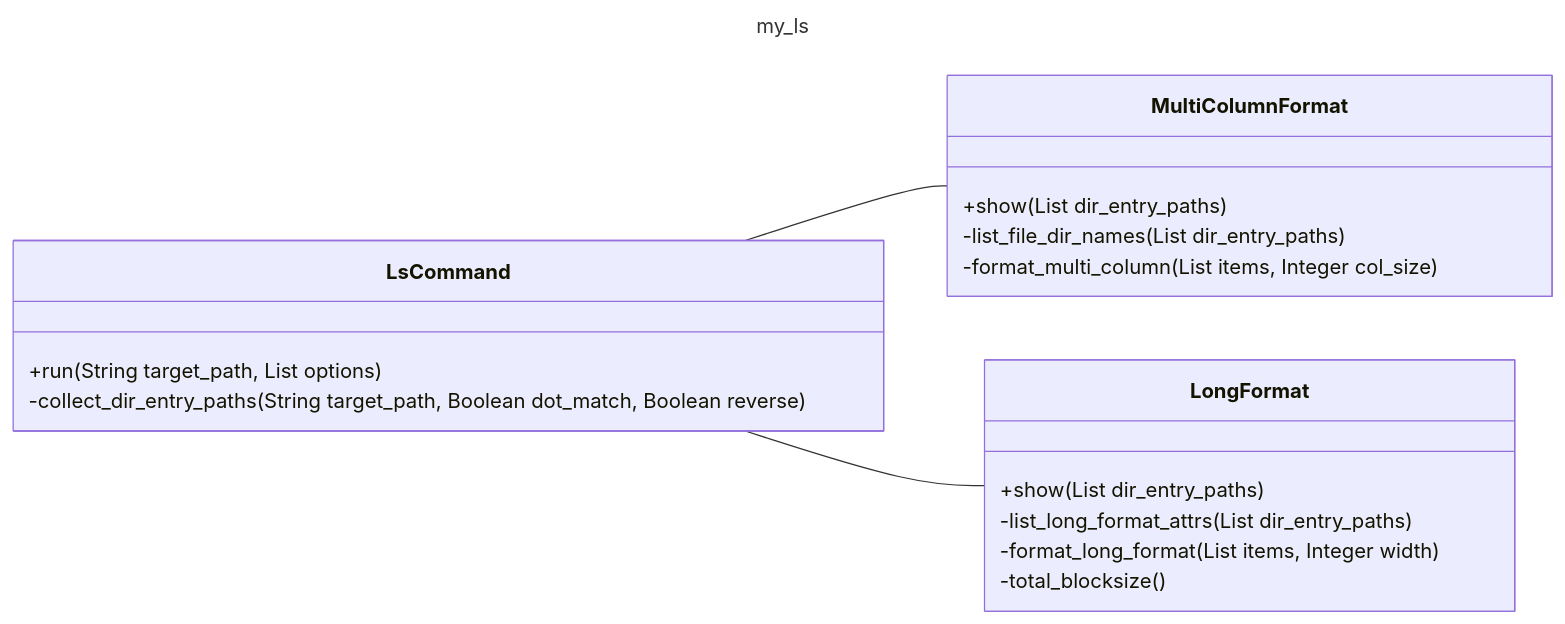
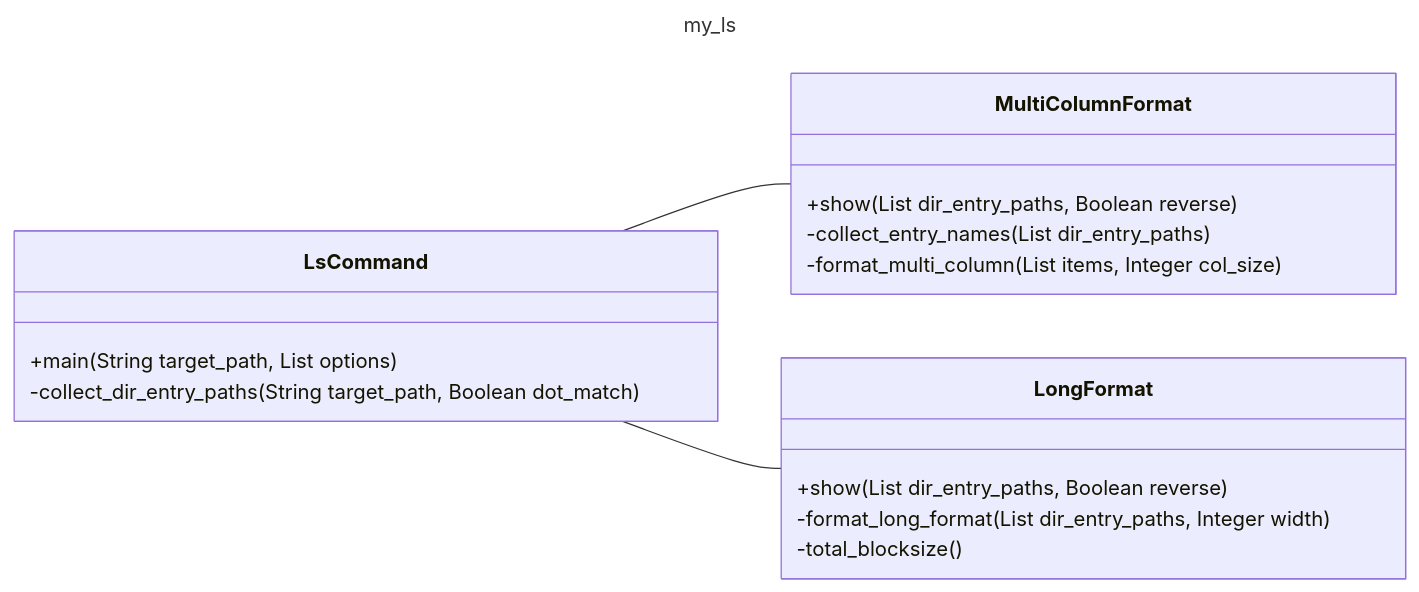
One commit to miyanew/ruby-practices changed the diagram in 07.ls_object/doc/class_diagram.md. Above: the diagram before and after it, drawn with Mermaid.

Commit message:
クラス図の修正: 採取ファイルの1件目は引数のファイルパスを表すので、reverseを表示処理の責務にする

````diff
--- a/07.ls_object/doc/class_diagram.md
+++ b/07.ls_object/doc/class_diagram.md
@@ -1,27 +1,26 @@
 ```mermaid
 ---
 title: my_ls
 ---
 
 classDiagram
     direction LR
     LsCommand -- MultiColumnFormat
     LsCommand -- LongFormat
 
     class LsCommand{
-      +run(String target_path, List options)
-      -collect_dir_entry_paths(String target_path, Boolean dot_match, Boolean reverse)
+      +main(String target_path, List options)
+      -collect_dir_entry_paths(String target_path, Boolean dot_match)
     }
     class MultiColumnFormat{
-      +show(List dir_entry_paths)
-      -list_file_dir_names(List dir_entry_paths)
+      +show(List dir_entry_paths, Boolean reverse)
+      -collect_entry_names(List dir_entry_paths)
       -format_multi_column(List items, Integer col_size)
     }
     class LongFormat{
-      +show(List dir_entry_paths)
-      -list_long_format_attrs(List dir_entry_paths)
-      -format_long_format(List items, Integer width)
+      +show(List dir_entry_paths, Boolean reverse)
+      -format_long_format(List dir_entry_paths, Integer width)
       -total_blocksize()
     }
 
 ```
````
